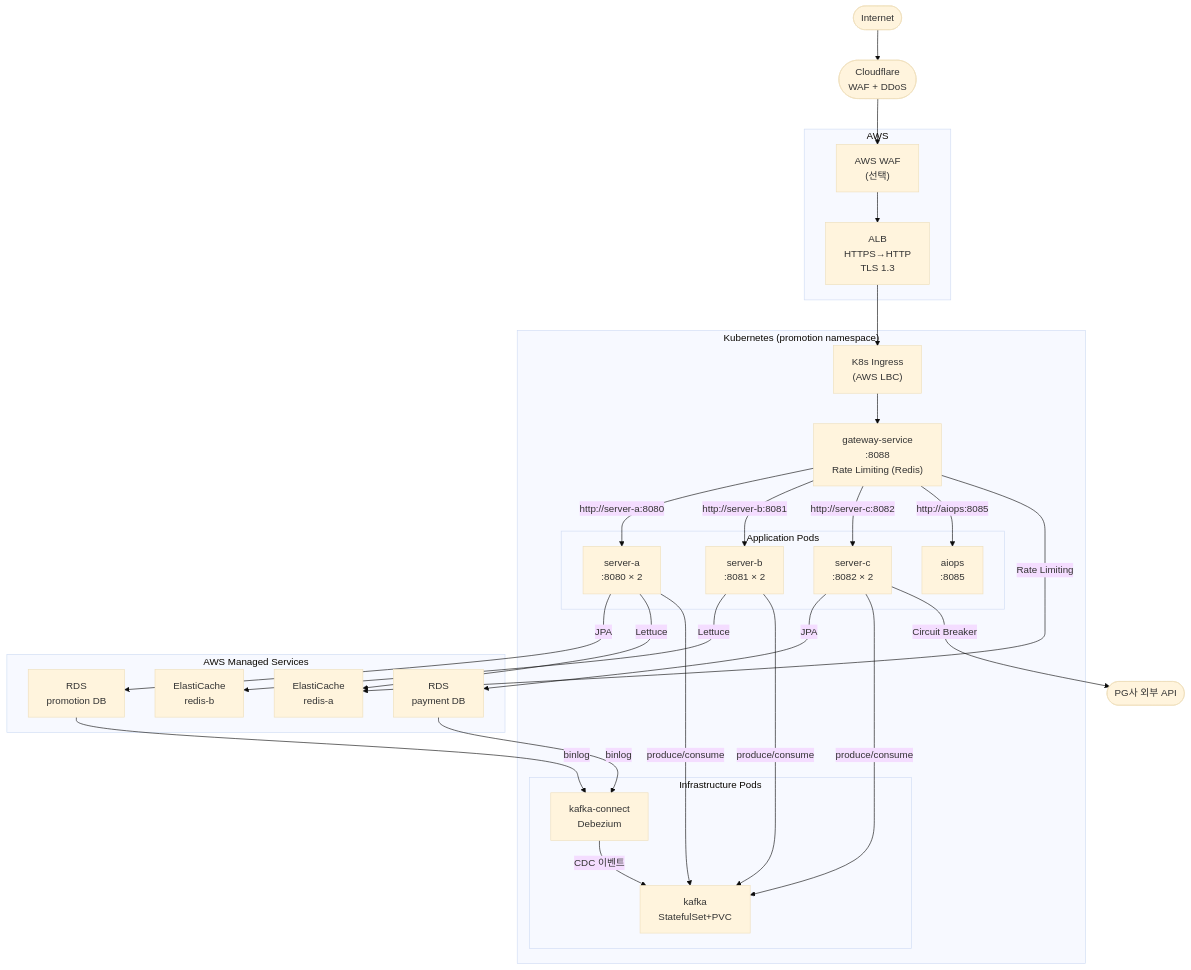
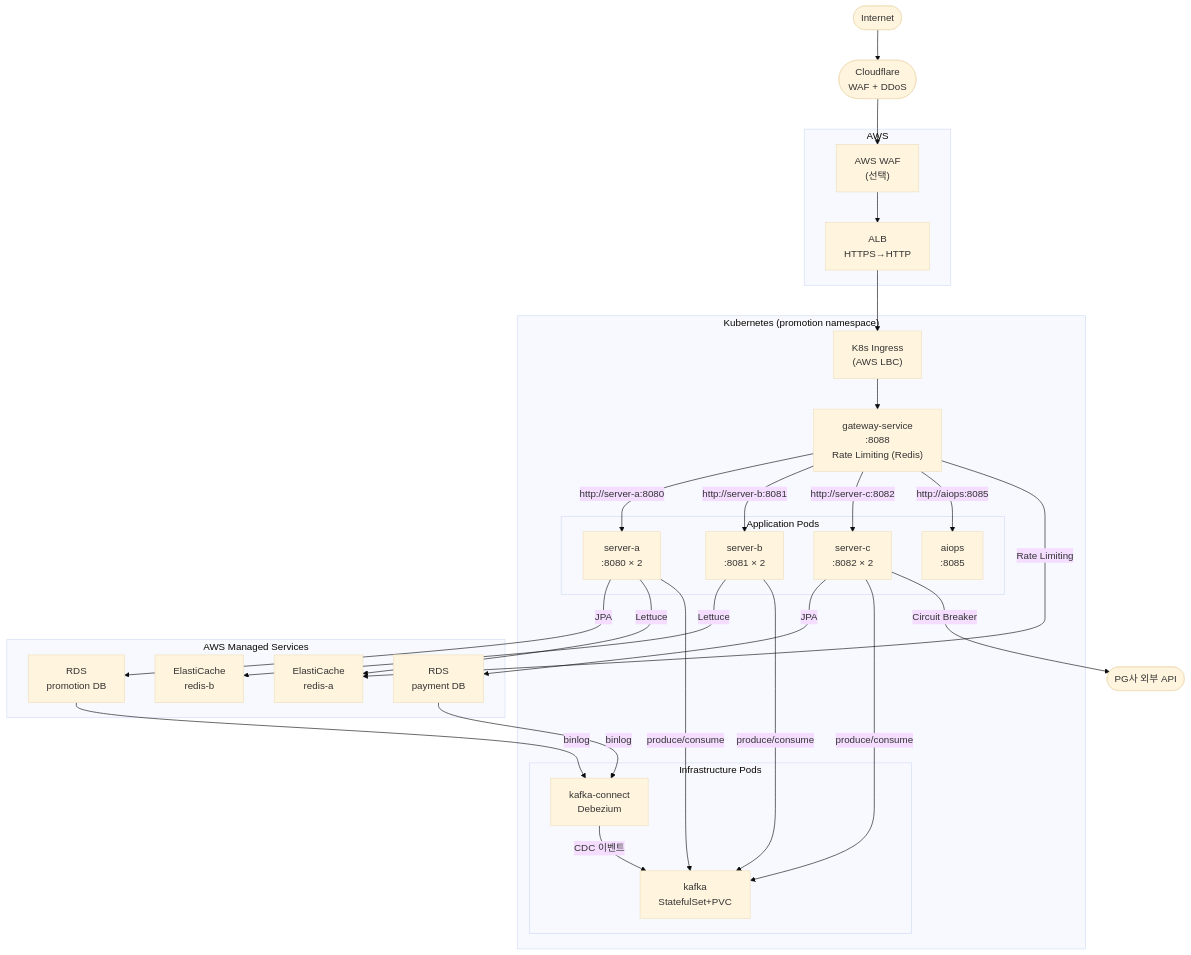
One commit to michi2012/goods-promotion-project changed the second of 3 diagrams in docs/infra-diagram.md. Above: the diagram before and after it, drawn with Mermaid (base theme). The commit also changed other lines of this file and 2 other files, not shown here.

````diff
--- a/docs/infra-diagram.md
+++ b/docs/infra-diagram.md
@@ -75,57 +75,57 @@
 ```mermaid
 flowchart TD
     Internet(["Internet"])
     CF(["Cloudflare\nWAF + DDoS"])
 
     subgraph AWS["AWS"]
-        ALB["ALB\nHTTPS→HTTP\nTLS 1.3"]
+        ALB["ALB\nHTTPS→HTTP"]
         WAF["AWS WAF\n(선택)"]
     end
 
     subgraph K8s["Kubernetes (promotion namespace)"]
         ING["K8s Ingress\n(AWS LBC)"]
         GW["gateway-service\n:8088\nRate Limiting (Redis)"]
 
         subgraph App["Application Pods"]
             A["server-a\n:8080 × 2"]
             B["server-b\n:8081 × 2"]
             C["server-c\n:8082 × 2"]
             AIO["aiops\n:8085"]
         end
 
         subgraph Infra["Infrastructure Pods"]
             KF["kafka\nStatefulSet+PVC"]
             KC["kafka-connect\nDebezium"]
         end
     end
 
     subgraph AWSManaged["AWS Managed Services"]
         RDS_A["RDS\npromotion DB"]
         RDS_C["RDS\npayment DB"]
         EC_A["ElastiCache\nredis-a"]
         EC_B["ElastiCache\nredis-b"]
     end
 
     PG(["PG사 외부 API"])
 
     Internet --> CF --> WAF --> ALB --> ING --> GW
     GW -->|"http://server-a:8080"| A
     GW -->|"http://server-b:8081"| B
     GW -->|"http://server-c:8082"| C
     GW -->|"http://aiops:8085"| AIO
 
     A -->|"JPA"| RDS_A
     A -->|"Lettuce"| EC_A
     A -->|"produce/consume"| KF
     B -->|"Lettuce"| EC_B
     B -->|"produce/consume"| KF
     C -->|"JPA"| RDS_C
     C -->|"produce/consume"| KF
     GW -->|"Rate Limiting"| EC_A
 
     RDS_A -->|"binlog"| KC
     RDS_C -->|"binlog"| KC
     KC -->|"CDC 이벤트"| KF
 
     C -->|"Circuit Breaker"| PG
 ```
````
